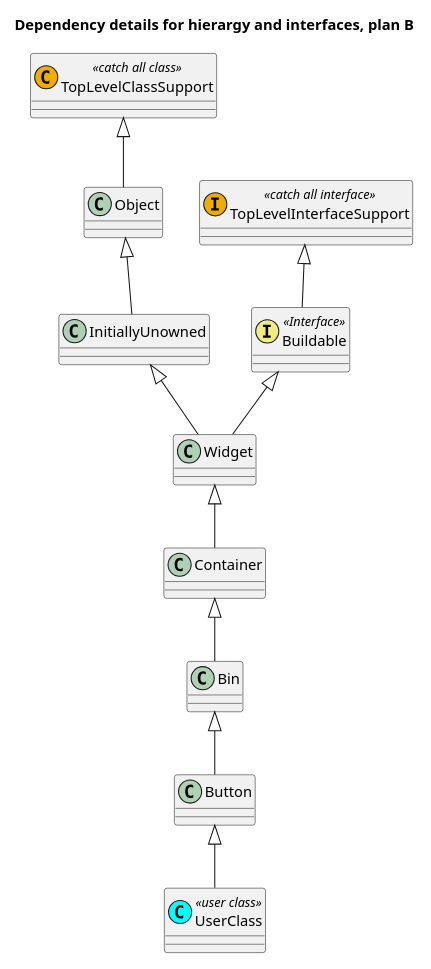
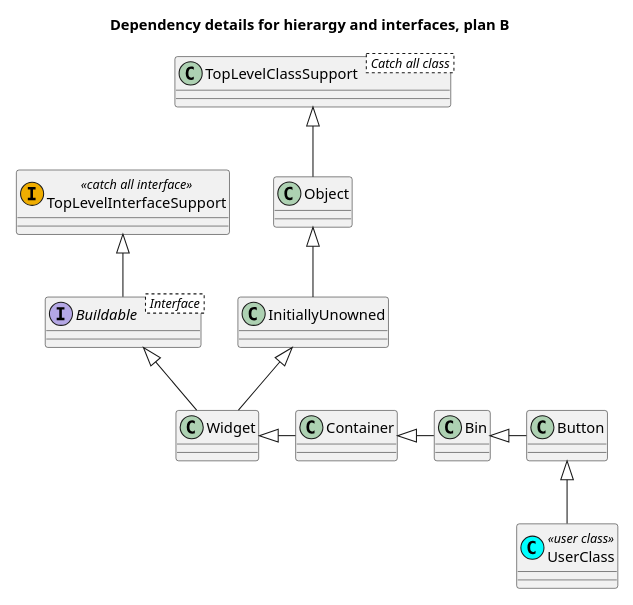
One commit to MARTIMM/gnome-gtk3 changed the second of 4 diagrams in Design-docs/Design.md. Above: the diagram before and after it, drawn with PlantUML. The commit also changed other lines of this file and 1 other file, not shown here.

````diff
--- a/Design-docs/Design.md
+++ b/Design-docs/Design.md
@@ -163,21 +163,21 @@
 ```plantuml
 
 scale 0.7
 title Dependency details for hierargy and interfaces, plan B
 
-class TopLevelClassSupport << (C, #efad00) catch all class >>
+class TopLevelClassSupport < Catch all class >
 class TopLevelInterfaceSupport << (I, #efad00) catch all interface >>
-class Buildable << (I, #efed80) Interface >>
+interface Buildable < Interface >
 
 TopLevelInterfaceSupport <|-- Buildable
 Buildable <|-- Widget
 class UserClass << (C, #00ffff) user class >>
 
 TopLevelClassSupport <|-- Object
 Object <|-- InitiallyUnowned
 InitiallyUnowned <|-- Widget
-Widget <|-- Container
-Container <|-- Bin
-Bin <|-- Button
+Widget <|- Container
+Container <|- Bin
+Bin <|- Button
 Button <|-- UserClass
 ```
````
